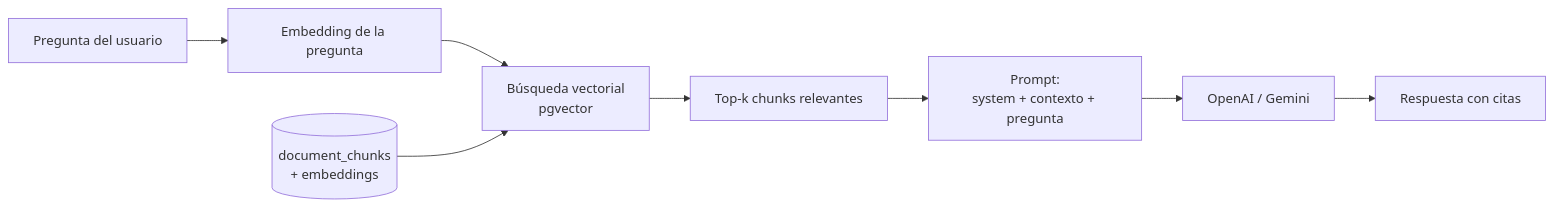
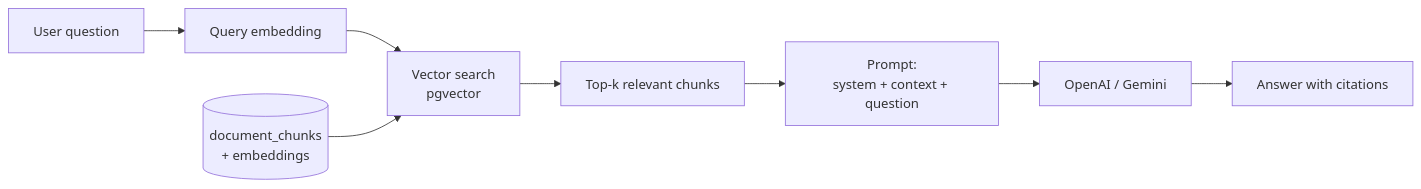
One commit to sebasfg99/llm_governance_ai changed the first of 2 diagrams in README.md. Above: the diagram before and after it, drawn with Mermaid. The commit also changed other lines of this file and 109 other files, not shown here.

````diff
--- a/README.md
+++ b/README.md
@@ -87,10 +117,10 @@
 ```mermaid
 flowchart LR
-    Q[Pregunta del usuario] --> E1[Embedding de la pregunta]
-    E1 --> S[Búsqueda vectorial<br/>pgvector]
+    Q[User question] --> E1[Query embedding]
+    E1 --> S[Vector search<br/>pgvector]
     DB[(document_chunks<br/>+ embeddings)] --> S
-    S --> C[Top-k chunks relevantes]
-    C --> P[Prompt:<br/>system + contexto + pregunta]
+    S --> C[Top-k relevant chunks]
+    C --> P[Prompt:<br/>system + context + question]
     P --> LLM[OpenAI / Gemini]
-    LLM --> R[Respuesta con citas]
+    LLM --> R[Answer with citations]
 ```
````
